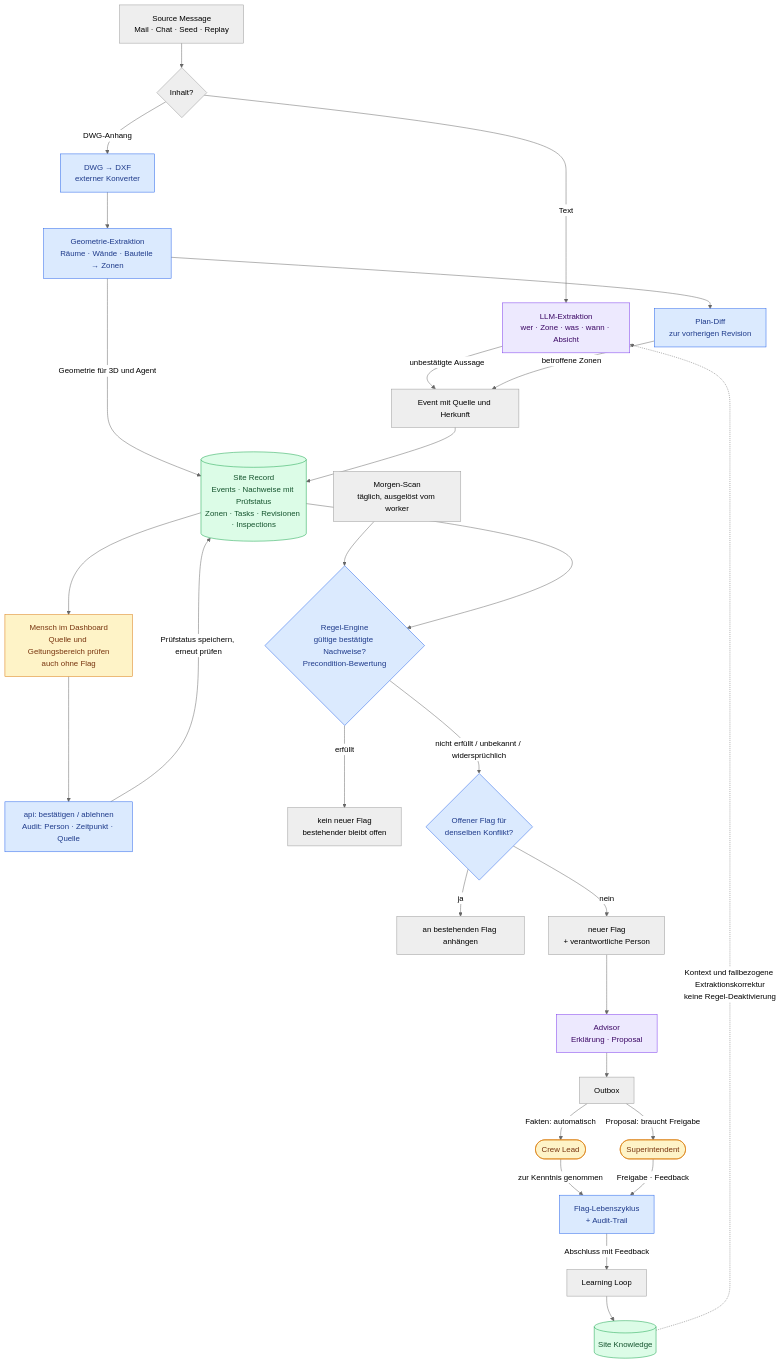
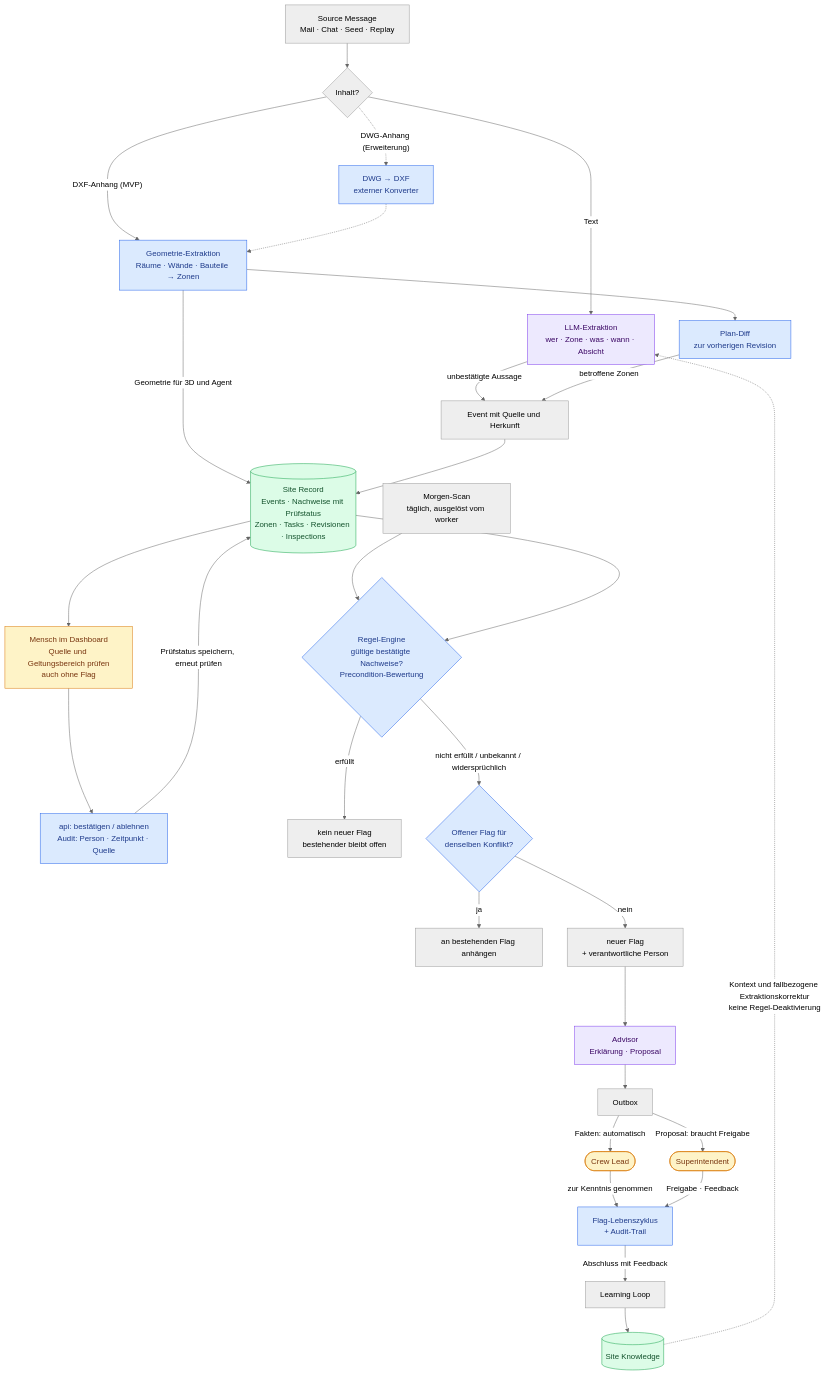
Before and after one commit to davidsteindl/ProximataHackathon: the second of 3 diagrams in README.md, drawn with Mermaid (neutral theme). The commit also changed other lines of this file and 5 other files, not shown here.

Commit message:
Set DXF with the layer convention as the MVP CAD input

````diff
--- a/README.md
+++ b/README.md
@@ -150,35 +150,36 @@
 ```mermaid
 flowchart TD
   classDef llm fill:#ede9fe,stroke:#7c3aed,color:#3b0764
   classDef rule fill:#dbeafe,stroke:#2563eb,color:#1e3a8a
   classDef store fill:#dcfce7,stroke:#16a34a,color:#14532d
   classDef human fill:#fef3c7,stroke:#d97706,color:#78350f
 
   IN["Source Message<br/>Mail · Chat · Seed · Replay"] --> TYP{"Inhalt?"}
   TYP -->|"Text"| EXTR["LLM-Extraktion<br/>wer · Zone · was · wann · Absicht"]:::llm
-  TYP -->|"DWG-Anhang"| CONV["DWG → DXF<br/>externer Konverter"]:::rule
-  CONV --> GEO["Geometrie-Extraktion<br/>Räume · Wände · Bauteile → Zonen"]:::rule
+  TYP -->|"DXF-Anhang (MVP)"| GEO["Geometrie-Extraktion<br/>Räume · Wände · Bauteile → Zonen"]:::rule
+  TYP -.->|"DWG-Anhang (Erweiterung)"| CONV["DWG → DXF<br/>externer Konverter"]:::rule
+  CONV -.-> GEO
   GEO --> DIFF["Plan-Diff<br/>zur vorherigen Revision"]:::rule
   EXTR -->|"unbestätigte Aussage"| EV["Event mit Quelle und Herkunft"]
   DIFF -->|"betroffene Zonen"| EV
   GEO -->|"Geometrie für 3D und Agent"| REC
   EV --> REC[("Site Record<br/>Events · Nachweise mit Prüfstatus<br/>Zonen · Tasks · Revisionen · Inspections")]:::store
   REC --> REVIEW["Mensch im Dashboard<br/>Quelle und Geltungsbereich prüfen<br/>auch ohne Flag"]:::human
   REVIEW --> VERIFY["api: bestätigen / ablehnen<br/>Audit: Person · Zeitpunkt · Quelle"]:::rule
   VERIFY -->|"Prüfstatus speichern, erneut prüfen"| REC
   SCAN["Morgen-Scan<br/>täglich, ausgelöst vom worker"] --> RULES
   REC --> RULES{"Regel-Engine<br/>gültige bestätigte Nachweise?<br/>Precondition-Bewertung"}:::rule
   RULES -->|"erfüllt"| OK["kein neuer Flag<br/>bestehender bleibt offen"]
   RULES -->|"nicht erfüllt / unbekannt / widersprüchlich"| DEDUP{"Offener Flag für<br/>denselben Konflikt?"}:::rule
   DEDUP -->|"ja"| ATT["an bestehenden Flag anhängen"]
   DEDUP -->|"nein"| NEW["neuer Flag<br/>+ verantwortliche Person"]
   NEW --> ADV["Advisor<br/>Erklärung · Proposal"]:::llm
   ADV --> OUT["Outbox"]
   OUT -->|"Fakten: automatisch"| CL(["Crew Lead"]):::human
   OUT -->|"Proposal: braucht Freigabe"| SUP(["Superintendent"]):::human
   CL -->|"zur Kenntnis genommen"| LIFE["Flag-Lebenszyklus<br/>+ Audit-Trail"]:::rule
   SUP -->|"Freigabe · Feedback"| LIFE
   LIFE -->|"Abschluss mit Feedback"| LEARN["Learning Loop"]
   LEARN --> SK[("Site Knowledge")]:::store
   SK -.->|"Kontext und fallbezogene Extraktionskorrektur<br/>keine Regel-Deaktivierung"| EXTR
 ```
````
